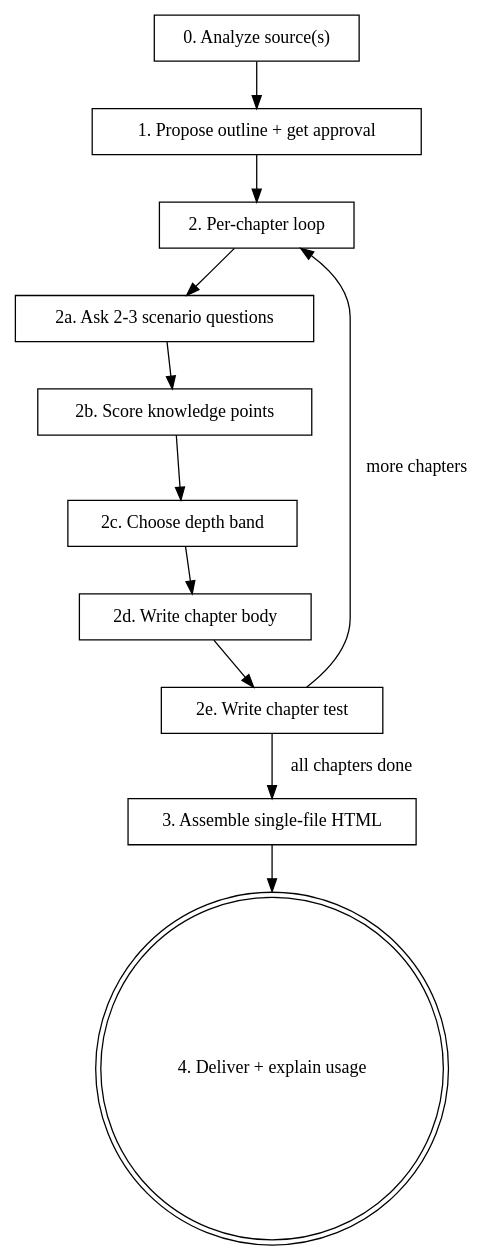
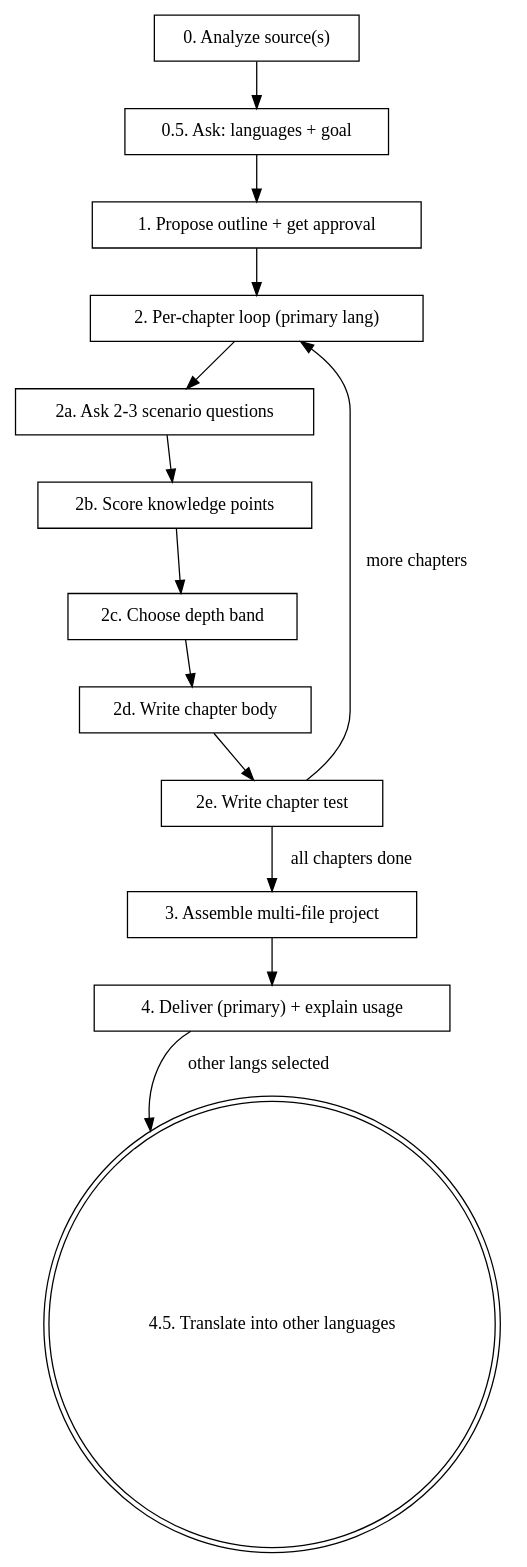
One commit to JJack27/Forge changed the diagram in SKILL.md. Above: the diagram before and after it, drawn with Graphviz. The commit also changed other lines of this file and 18 other files, not shown here.

First line of the commit message:
Multi-file project + i18n + goal types + repo onboarding

````diff
--- a/SKILL.md
+++ b/SKILL.md
@@ -28,26 +28,31 @@
 ```dot
 digraph forger {
   rankdir=TB;
   "0. Analyze source(s)" [shape=box];
+  "0.5. Ask: languages + goal" [shape=box];
   "1. Propose outline + get approval" [shape=box];
-  "2. Per-chapter loop" [shape=box];
+  "2. Per-chapter loop (primary lang)" [shape=box];
   "2a. Ask 2-3 scenario questions" [shape=box];
   "2b. Score knowledge points" [shape=box];
   "2c. Choose depth band" [shape=box];
   "2d. Write chapter body" [shape=box];
   "2e. Write chapter test" [shape=box];
-  "3. Assemble single-file HTML" [shape=box];
-  "4. Deliver + explain usage" [shape=doublecircle];
+  "3. Assemble multi-file project" [shape=box];
+  "4. Deliver (primary) + explain usage" [shape=box];
+  "4.5. Translate into other languages" [shape=doublecircle];
 
-  "0. Analyze source(s)" -> "1. Propose outline + get approval";
-  "1. Propose outline + get approval" -> "2. Per-chapter loop";
-  "2. Per-chapter loop" -> "2a. Ask 2-3 scenario questions";
+  "0. Analyze source(s)" -> "0.5. Ask: languages + goal";
+  "0.5. Ask: languages + goal" -> "1. Propose outline + get approval";
+  "1. Propose outline + get approval" -> "2. Per-chapter loop (primary lang)";
+  "2. Per-chapter loop (primary lang)" -> "2a. Ask 2-3 scenario questions";
   "2a. Ask 2-3 scenario questions" -> "2b. Score knowledge points";
   "2b. Score knowledge points" -> "2c. Choose depth band";
   "2c. Choose depth band" -> "2d. Write chapter body";
   "2d. Write chapter body" -> "2e. Write chapter test";
-  "2e. Write chapter test" -> "2. Per-chapter loop" [label="more chapters"];
-  "2e. Write chapter test" -> "3. Assemble single-file HTML" [label="all chapters done"];
-  "3. Assemble single-file HTML" -> "4. Deliver + explain usage";
+  "2e. Write chapter test" -> "2. Per-chapter loop (primary lang)" [label="more chapters"];
+  "2e. Write chapter test" -> "3. Assemble multi-file project" [label="all chapters done"];
+  "3. Assemble multi-file project" -> "4. Deliver (primary) + explain usage";
+  "4. Deliver (primary) + explain usage" -> "4.5. Translate into other languages" [label="other langs selected"];
+  "4. Deliver (primary) + explain usage" -> "4.5. Translate into other languages" [label="done if no others", style=invis];
 }
 ```
````
